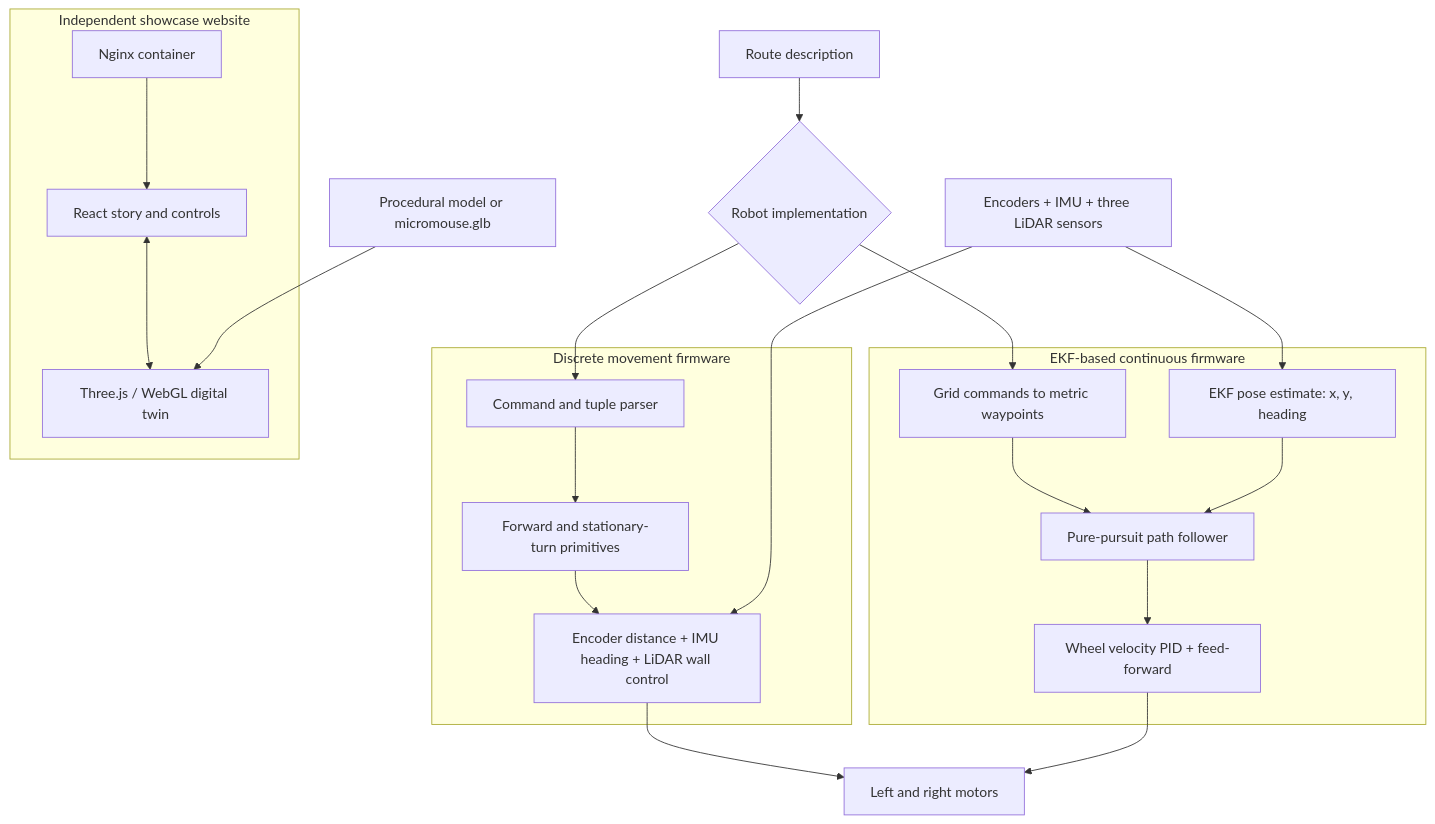
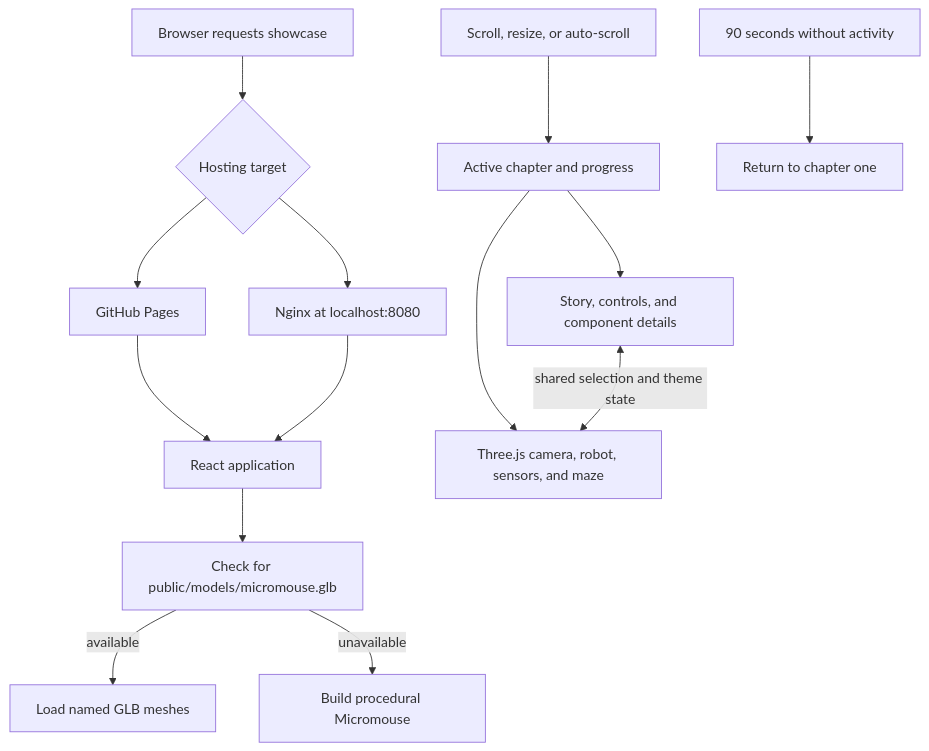
The first of 2 diagrams in README.md (RandomRunt/UNSWMicromouseDemo), drawn with Mermaid before and after one commit. The commit also changed other lines of this file, not shown here.

````diff
--- a/README.md
+++ b/README.md
@@ -30,37 +78,16 @@
 ```mermaid
-flowchart TB
-    Route[Route description] --> Choice{Robot implementation}
-
-    subgraph Discrete[Discrete movement firmware]
-        Parser[Command and tuple parser]
-        Moves[Forward and stationary-turn primitives]
-        Feedback[Encoder distance + IMU heading + LiDAR wall control]
-        Parser --> Moves --> Feedback
-    end
-
-    subgraph Continuous[EKF-based continuous firmware]
-        Waypoints[Grid commands to metric waypoints]
-        EKF[EKF pose estimate: x, y, heading]
-        Pursuit[Pure-pursuit path follower]
-        Velocity[Wheel velocity PID + feed-forward]
-        Waypoints --> Pursuit
-        EKF --> Pursuit --> Velocity
-    end
-
-    Choice --> Parser
-    Choice --> Waypoints
-    Sensors[Encoders + IMU + three LiDAR sensors] --> Feedback
-    Sensors --> EKF
-    Feedback --> Motors[Left and right motors]
-    Velocity --> Motors
-
-    subgraph Website[Independent showcase website]
-        Story[React story and controls]
-        Scene[Three.js / WebGL digital twin]
-        Server[Nginx container]
-        Server --> Story
-        Story <--> Scene
-    end
-
-    RobotAssets[Procedural model or micromouse.glb] --> Scene
+flowchart TD
+    Request[Browser requests showcase] --> Host{Hosting target}
+    Host --> Pages[GitHub Pages]
+    Host --> Nginx[Nginx at localhost:8080]
+    Pages --> React[React application]
+    Nginx --> React
+    React --> Check[Check for public/models/micromouse.glb]
+    Check -->|available| GLB[Load named GLB meshes]
+    Check -->|unavailable| Procedural[Build procedural Micromouse]
+    Scroll[Scroll, resize, or auto-scroll] --> Progress[Active chapter and progress]
+    Progress --> DOM[Story, controls, and component details]
+    Progress --> Scene[Three.js camera, robot, sensors, and maze]
+    DOM <-->|shared selection and theme state| Scene
+    Idle[90 seconds without activity] --> Reset[Return to chapter one]
 ```
````
